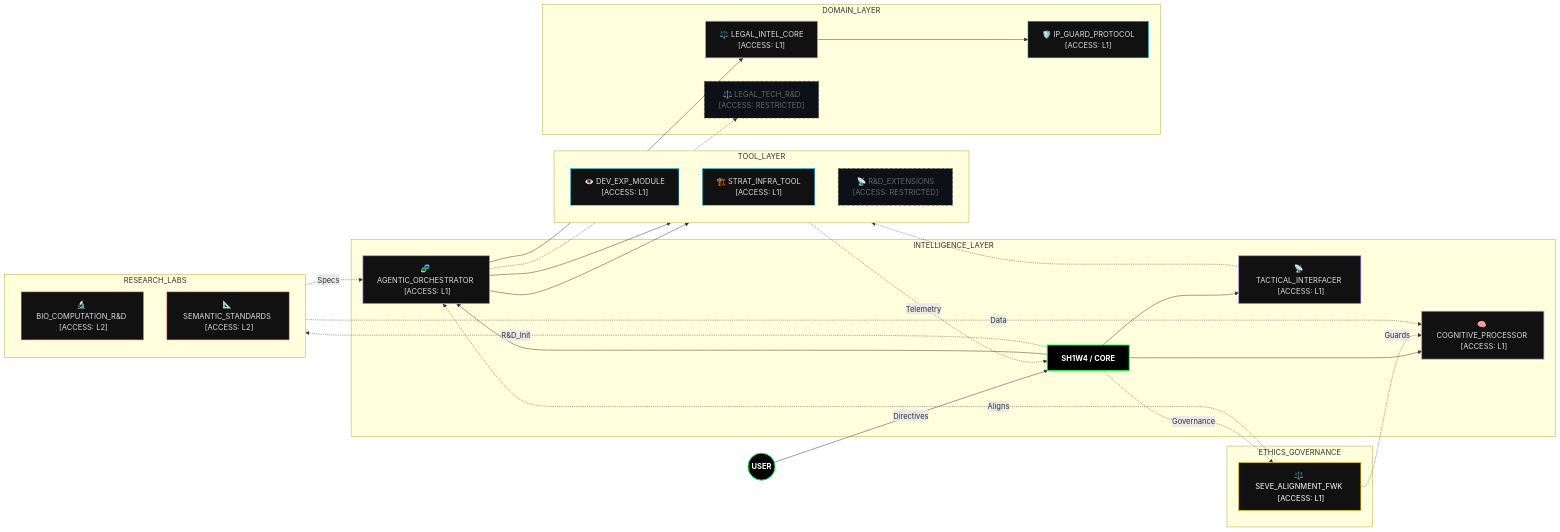
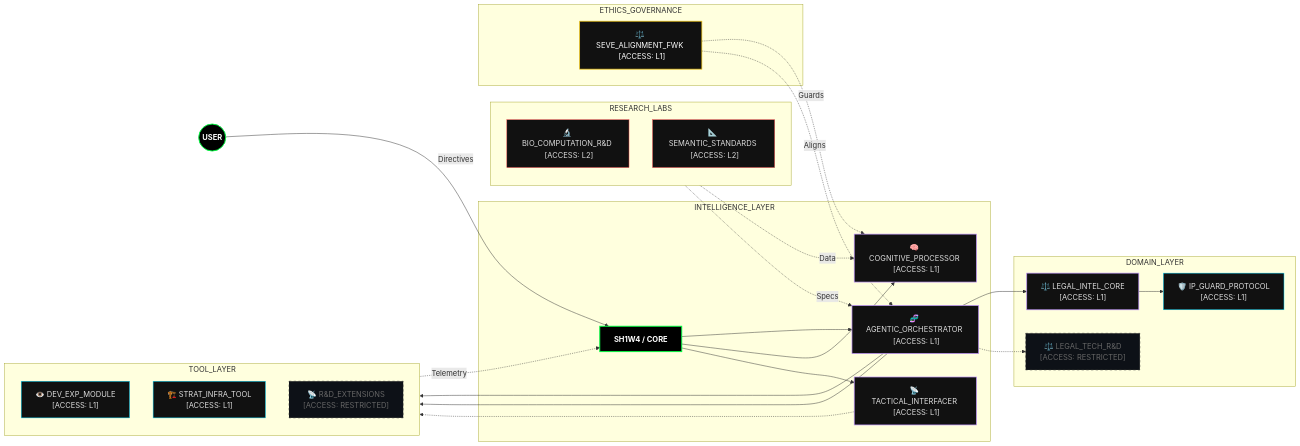
Before and after one commit to SH1W4/sh1w4: the first of 3 diagrams in README.md, drawn with Mermaid. The commit also changed 1 other file, not shown here.

Commit message:
style: inverse rank ordering for vertical balance (v4.2)

````diff
--- a/README.md
+++ b/README.md
@@ -74,54 +74,48 @@
 ```mermaid
-%% Cache-Bust: 2025-12-18T13:57:28.809501
+%% Cache-Bust: 2025-12-18T13:58:50.762610
 graph LR
     %% Themes & Styles (Pure Cyberpunk Architecture)
     classDef core fill:#000,stroke:#00ff41,stroke-width:2px,color:#fff,font-weight:bold;
     classDef agent fill:#111,stroke:#bd93f9,stroke-width:1.5px,color:#ddd;
     classDef tool fill:#111,stroke:#00d9ff,stroke-width:1px,color:#ddd;
     classDef ethics fill:#111,stroke:#f1c40f,stroke-width:1.5px,color:#fff;
     classDef research fill:#111,stroke:#ff5555,stroke-width:1px,color:#ddd;
     classDef restricted fill:#0d1117,stroke:#333,color:#666,stroke-dasharray: 5 5;
 
     User((USER)):::core -->|Directives| Core[SH1W4 / CORE]:::core
-
+    subgraph ETHICS_GOVERNANCE
+        SEVE["⚖️ SEVE_ALIGNMENT_FWK <br/> [ACCESS: L1]"]:::ethics
+    end
+    subgraph RESEARCH_LABS
+        direction TB
+        BIO["🔬 BIO_COMPUTATION_R&D <br/> [ACCESS: L2]"]:::research
+        PROTO["📐 SEMANTIC_STANDARDS <br/> [ACCESS: L2]"]:::research
+    end
     subgraph INTELLIGENCE_LAYER
         Core --> VIREON["🧬 AGENTIC_ORCHESTRATOR <br/> [ACCESS: L1]"]:::agent
         Core --> TRINITY["🧠 COGNITIVE_PROCESSOR <br/> [ACCESS: L1]"]:::agent
         Core --> AIDEN["📡 TACTICAL_INTERFACER <br/> [ACCESS: L1]"]:::agent
     end
-
     subgraph DOMAIN_LAYER
         VIREON --> LEGAL["⚖️ LEGAL_INTEL_CORE <br/> [ACCESS: L1]"]:::agent
         LEGAL --> SHIELD["🛡️ IP_GUARD_PROTOCOL <br/> [ACCESS: L1]"]:::tool
         VIREON -.-> RD_DOMAIN["⚖️ LEGAL_TECH_R&D <br/> [ACCESS: RESTRICTED]"]:::restricted
     end
-
     subgraph TOOL_LAYER
         direction TB
         VIREON --> DX_KIT["👁️ DEV_EXP_MODULE <br/> [ACCESS: L1]"]:::tool
         VIREON --> ARKITECH["🏗️ STRAT_INFRA_TOOL <br/> [ACCESS: L1]"]:::tool
         AIDEN -.-> RD_TOOLS["📡 R&D_EXTENSIONS <br/> [ACCESS: RESTRICTED]"]:::restricted
     end
-
-    subgraph ETHICS_GOVERNANCE
-        SEVE["⚖️ SEVE_ALIGNMENT_FWK <br/> [ACCESS: L1]"]:::ethics
-    end
-
-    subgraph RESEARCH_LABS
-        direction TB
-        BIO["🔬 BIO_COMPUTATION_R&D <br/> [ACCESS: L2]"]:::research
-        PROTO["📐 SEMANTIC_STANDARDS <br/> [ACCESS: L2]"]:::research
-    end
-
     %% Strategic Relationship Links
     SEVE -.->|Guards| TRINITY
     SEVE -.->|Aligns| VIREON
     BIO -.->|Data| TRINITY
     PROTO -.->|Specs| VIREON
+    DX_KIT -.->|Telemetry| Core
     
-    %% Vertical Anchors (Forcing Research/Ethics to the bottom)
-    Core -.->|Governance| SEVE
-    Core -.->|R&D_Init| BIO
-    DX_KIT -.->|Telemetry| Core
+    %% Implicit Vertical Order (Invisibly pinning Labs to bottom)
+    User ~~~ SEVE
+    User ~~~ BIO
 
 ```
````
